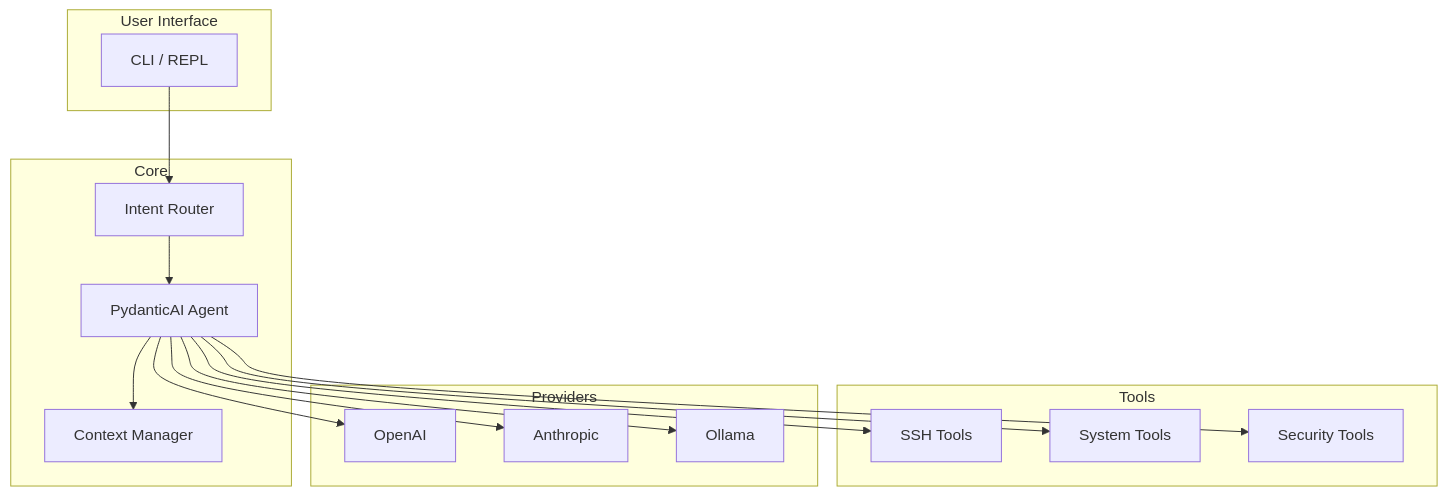
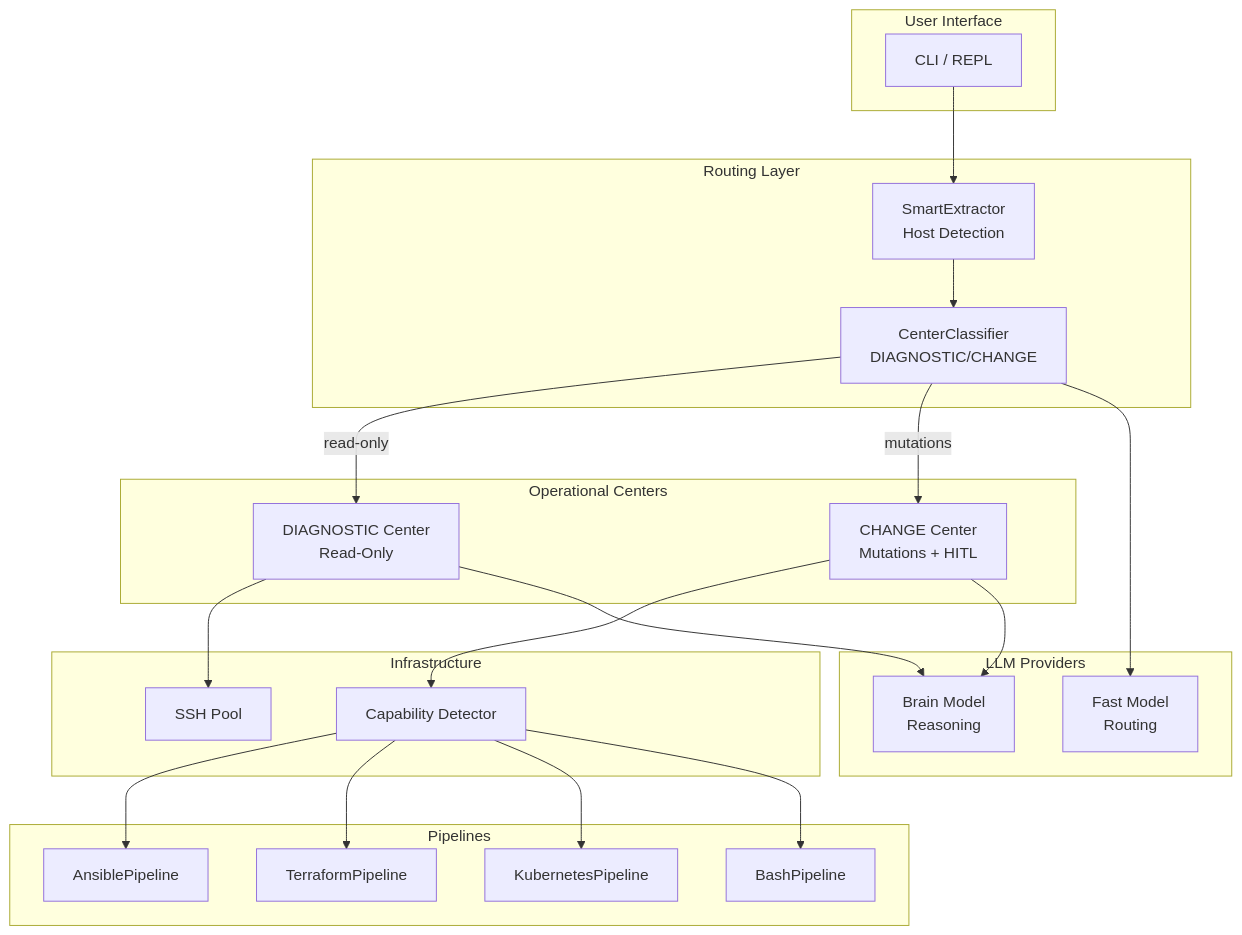
Before and after one commit to m-kis/merlya: the diagram in docs/architecture/decisions.md, drawn with Mermaid. The commit also changed other lines of this file and 1 other file, not shown here.

First line of the commit message:
docs: update ADR for v0.8.0 architecture

````diff
--- a/docs/architecture/decisions.md
+++ b/docs/architecture/decisions.md
@@ -9,34 +9,47 @@
 ```mermaid
 graph TB
     subgraph "User Interface"
         CLI[CLI / REPL]
     end
 
-    subgraph "Core"
-        Router[Intent Router]
-        Context[Context Manager]
-        Agent[PydanticAI Agent]
+    subgraph "Routing Layer"
+        SmartExtractor[SmartExtractor<br/>Host Detection]
+        CenterClassifier[CenterClassifier<br/>DIAGNOSTIC/CHANGE]
     end
 
-    subgraph "Tools"
-        SSH[SSH Tools]
-        System[System Tools]
-        Security[Security Tools]
+    subgraph "Operational Centers"
+        DiagCenter[DIAGNOSTIC Center<br/>Read-Only]
+        ChangeCenter[CHANGE Center<br/>Mutations + HITL]
     end
 
-    subgraph "Providers"
-        OpenAI[OpenAI]
-        Anthropic[Anthropic]
-        Ollama[Ollama]
+    subgraph "Pipelines"
+        Ansible[AnsiblePipeline]
+        Terraform[TerraformPipeline]
+        K8s[KubernetesPipeline]
+        Bash[BashPipeline]
     end
 
-    CLI --> Router
-    Router --> Agent
-    Agent --> Context
-    Agent --> SSH
-    Agent --> System
-    Agent --> Security
-    Agent --> OpenAI
-    Agent --> Anthropic
-    Agent --> Ollama
+    subgraph "Infrastructure"
+        SSH[SSH Pool]
+        Capabilities[Capability Detector]
+    end
+
+    subgraph "LLM Providers"
+        Brain[Brain Model<br/>Reasoning]
+        Fast[Fast Model<br/>Routing]
+    end
+
+    CLI --> SmartExtractor
+    SmartExtractor --> CenterClassifier
+    CenterClassifier -->|read-only| DiagCenter
+    CenterClassifier -->|mutations| ChangeCenter
+    DiagCenter --> SSH
+    ChangeCenter --> Capabilities
+    Capabilities --> Ansible
+    Capabilities --> Terraform
+    Capabilities --> K8s
+    Capabilities --> Bash
+    CenterClassifier --> Fast
+    DiagCenter --> Brain
+    ChangeCenter --> Brain
 ```
````
